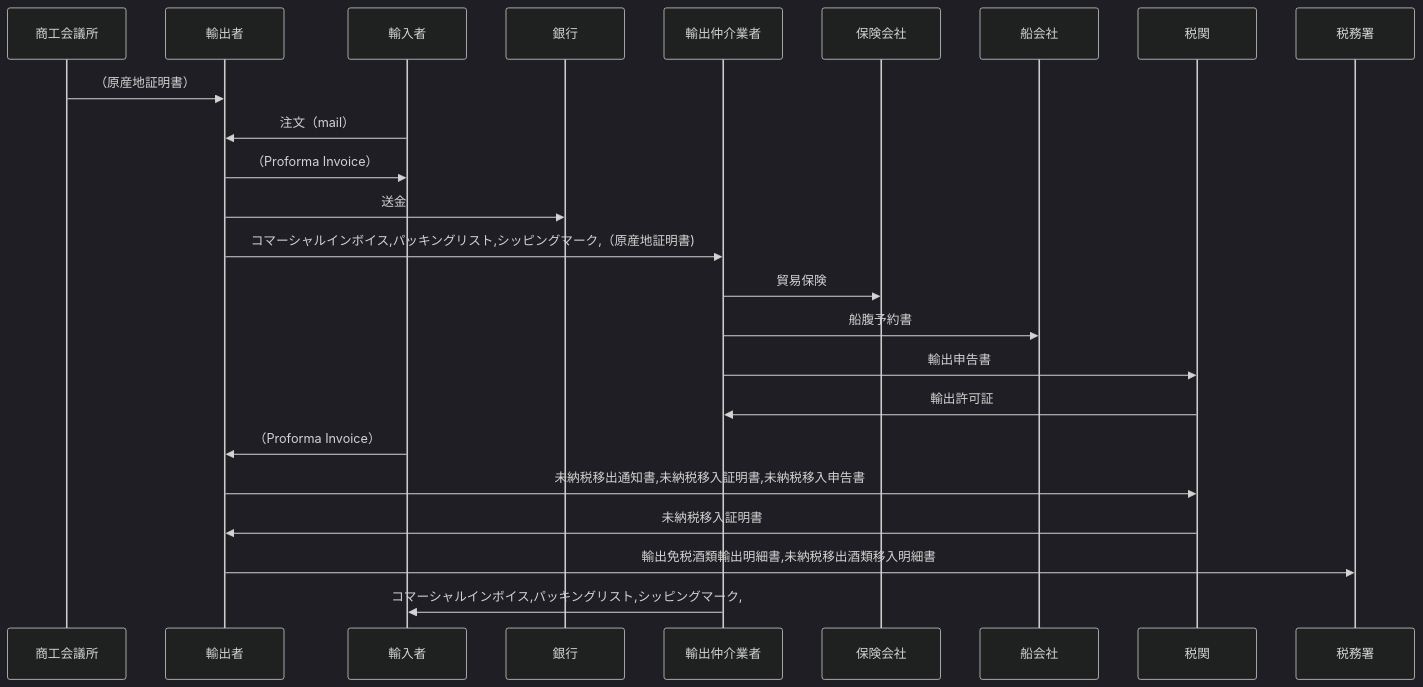
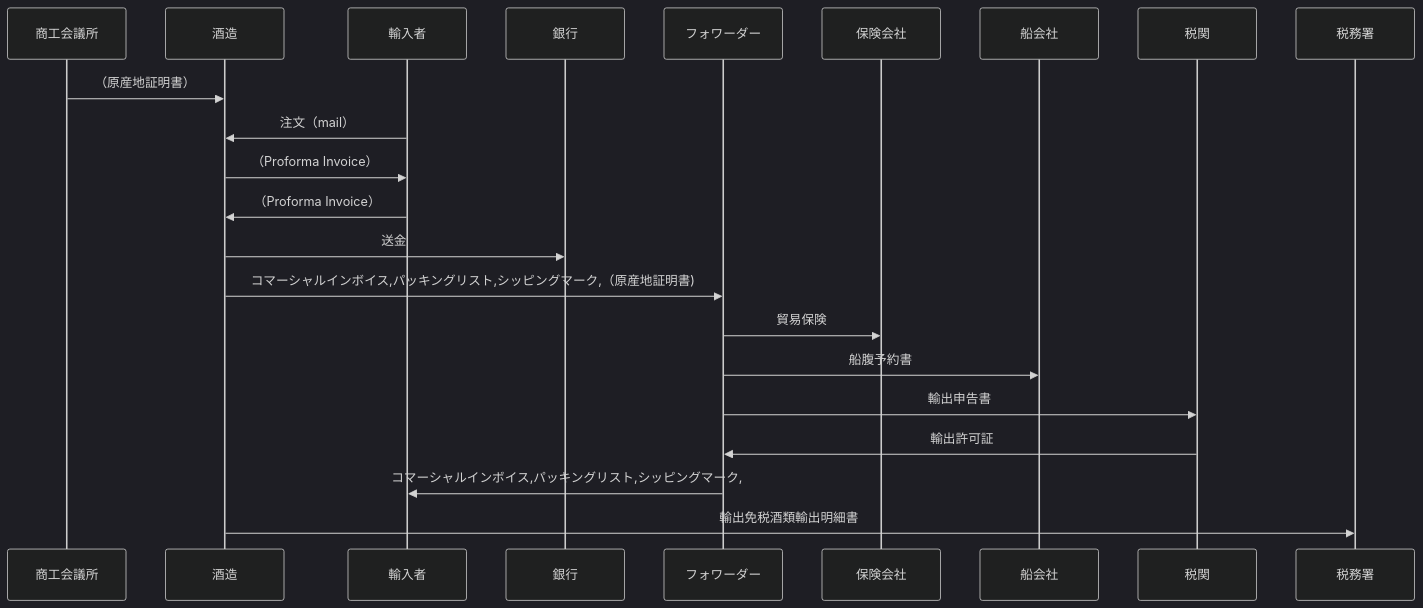
One commit to Heart-Computer-Co-LTD/yui-manual changed the first of 2 diagrams in src/content/blog/2023-05-24-輸出の流れ.mdx. Above: the diagram before and after it, drawn with Mermaid (dark theme). The commit also changed other lines of this file, not shown here.

````diff
--- a/src/content/blog/2023-05-24-輸出の流れ.mdx
+++ b/src/content/blog/2023-05-24-輸出の流れ.mdx
@@ -25,17 +55,15 @@
 ```mermaid
 sequenceDiagram
-	商工会議所->>輸出者:（原産地証明書）
-	輸入者->>輸出者:注文（mail）
-	輸出者->>輸入者:（Proforma Invoice）
-  輸出者->>銀行: 送金
-	輸出者->>輸出仲介業者: コマーシャルインボイス,パッキングリスト,シッピングマーク,（原産地証明書)
-	輸出仲介業者->>保険会社:貿易保険
-	輸出仲介業者->>船会社:船腹予約書
-	輸出仲介業者->>税関:輸出申告書
-  税関->>輸出仲介業者:輸出許可証
-	輸入者->>輸出者:（Proforma Invoice）
-	輸出者->>税関:未納税移出通知書,未納税移入証明書,未納税移入申告書
-  税関->>輸出者:未納税移入証明書
-  輸出者->>税務署:輸出免税酒類輸出明細書,未納税移出酒類移入明細書
-	輸出仲介業者->>輸入者: コマーシャルインボイス,パッキングリスト,シッピングマーク,
+	商工会議所->>酒造:（原産地証明書）
+	輸入者->>酒造:注文（mail）
+	酒造->>輸入者:（Proforma Invoice）
+	輸入者->>酒造:（Proforma Invoice）
+  酒造->>銀行: 送金
+	酒造->>フォワーダー: コマーシャルインボイス,パッキングリスト,シッピングマーク,（原産地証明書)
+	フォワーダー->>保険会社:貿易保険
+	フォワーダー->>船会社:船腹予約書
+	フォワーダー->>税関:輸出申告書
+  税関->>フォワーダー:輸出許可証
+	フォワーダー->>輸入者: コマーシャルインボイス,パッキングリスト,シッピングマーク,
+  酒造->>税務署:輸出免税酒類輸出明細書
 ```
````
